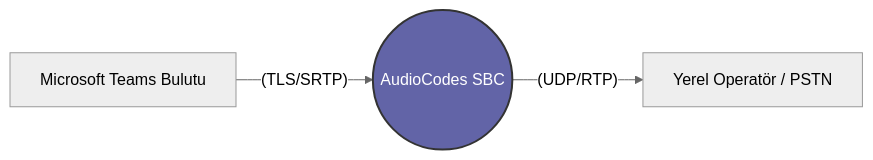
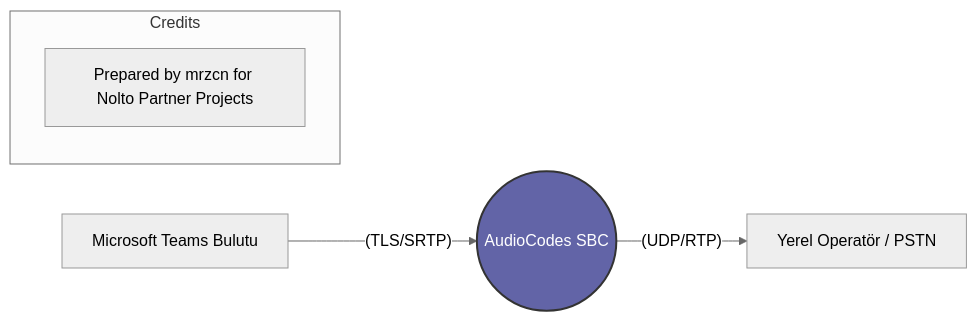
One commit to mrzcn/Adan-Zye-Audiocodes changed the diagram in docs/00-sektorel-bakis/03-teams-direct-routing.md. Above: the diagram before and after it, drawn with Mermaid (neutral theme). The commit also changed other lines of this file and 32 other files, not shown here.

````diff
--- a/docs/00-sektorel-bakis/03-teams-direct-routing.md
+++ b/docs/00-sektorel-bakis/03-teams-direct-routing.md
@@ -24,7 +24,11 @@
 ```mermaid
 graph LR
     A[Microsoft Teams Bulutu] --(TLS/SRTP)--> B((AudioCodes SBC))
     B --(UDP/RTP)--> C[Yerel Operatör / PSTN]
     
+    subgraph Credits
+    D[Prepared by mrzcn for Nolto Partner Projects]
+    end
+    
     style B fill:#6264A7,stroke:#333,stroke-width:2px,color:#fff
 ```
````
